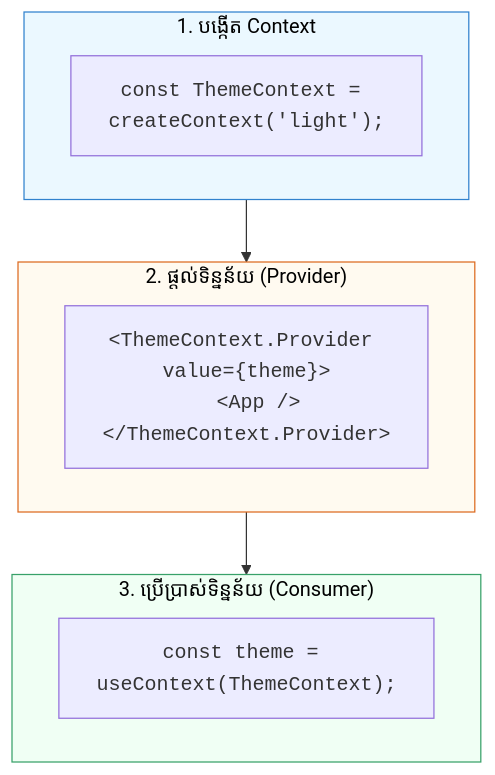
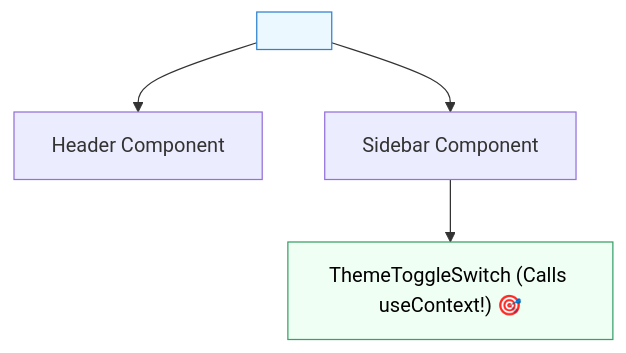
The diagram in src/courses/react/module-7-global-state/02-context-api-setup.mdx (Ari-ICU/full-stack-short-coures), drawn with Mermaid before and after one commit. The commit also changed other lines of this file and 52 other files, not shown here.

````diff
--- a/src/courses/react/module-7-global-state/02-context-api-setup.mdx
+++ b/src/courses/react/module-7-global-state/02-context-api-setup.mdx
@@ -23,20 +24,10 @@
 ```mermaid
-flowchart TD
-    subgraph Step1["1. បង្កើត Context"]
-        A["<code>const ThemeContext = createContext('light');</code>"]
-    end
+graph TD
+    Provider["<ThemeContext.Provider value={{ theme, toggleTheme }}>"]
+    Provider --> CompA["Header Component"]
+    Provider --> CompB["Sidebar Component"]
+    CompB --> DeepChild["ThemeToggleSwitch (Calls useContext!) 🎯"]
 
-    subgraph Step2["2. ផ្តល់ទិន្នន័យ (Provider)"]
-        B["<code>&lt;ThemeContext.Provider value={theme}&gt;<br>&nbsp;&nbsp;&lt;App /&gt;<br>&lt;/ThemeContext.Provider&gt;</code>"]
-    end
-
-    subgraph Step3["3. ប្រើប្រាស់ទិន្នន័យ (Consumer)"]
-        C["<code>const theme = useContext(ThemeContext);</code>"]
-    end
-
-    Step1 --> Step2 --> Step3
-
-    style Step1 fill:#ebf8ff,stroke:#3182ce,color:#000
-    style Step2 fill:#fffaf0,stroke:#dd6b20,color:#000
-    style Step3 fill:#f0fff4,stroke:#38a169,color:#000
+    style Provider fill:#ebf8ff,stroke:#3182ce,color:#000
+    style DeepChild fill:#f0fff4,stroke:#38a169,color:#000
 ```
````
